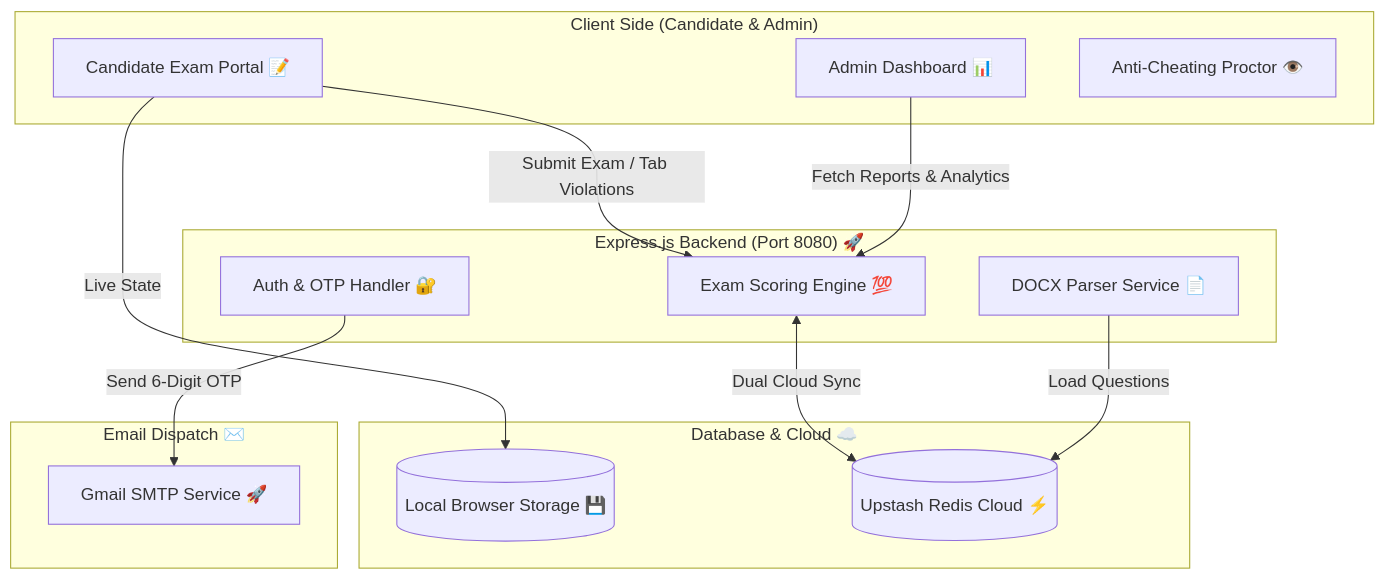
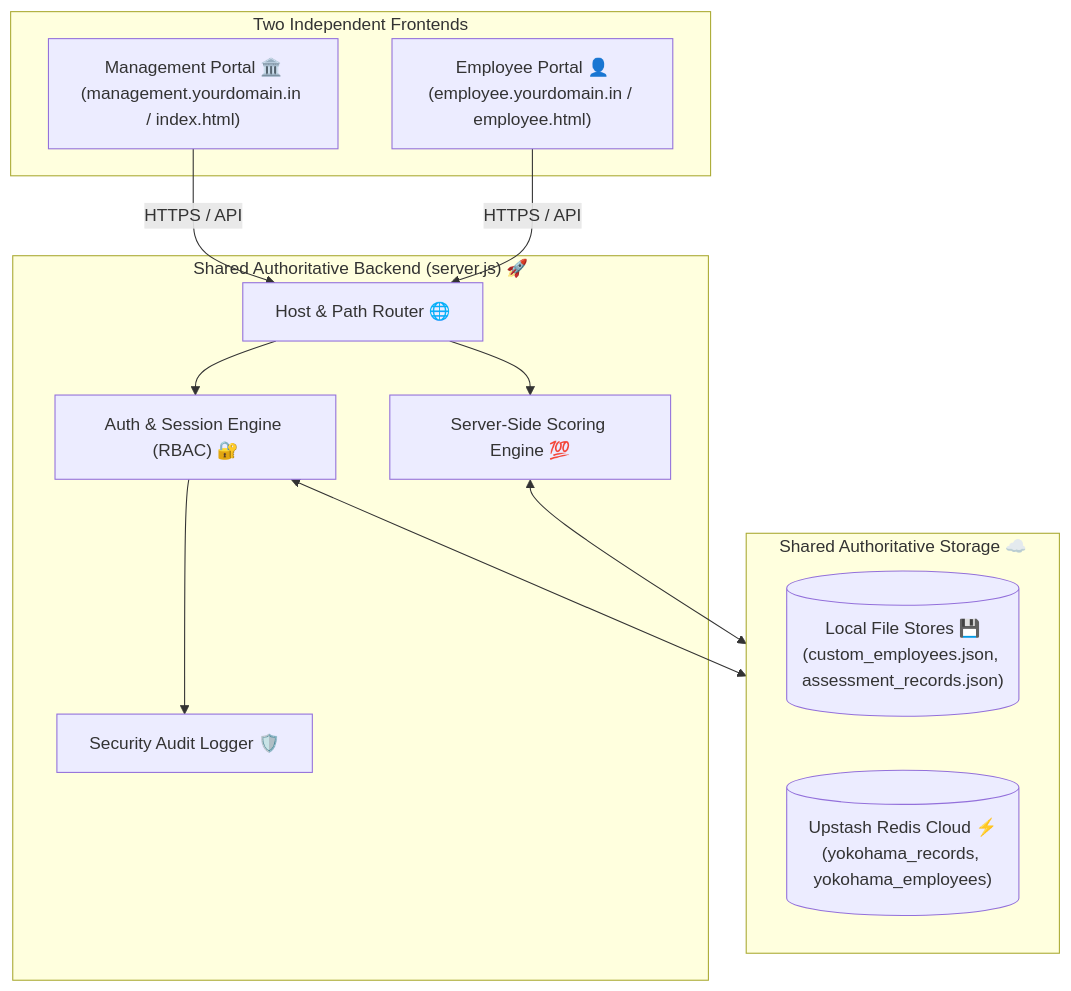
The diagram in README.md (ReubenGeoffrey/yokohama-iluo-skillrank), drawn with Mermaid before and after one commit. The commit also changed other lines of this file and 9 other files, not shown here.

Commit message:
feat: split Yokohama ILUO into connected Management and Employee portals

````diff
--- a/README.md
+++ b/README.md
@@ -73,30 +40,27 @@
 ```mermaid
 flowchart TD
-    subgraph Client ["Client Side (Candidate & Admin)"]
-        A[Candidate Exam Portal 📝]
-        B[Admin Dashboard 📊]
-        C[Anti-Cheating Proctor 👁️]
+    subgraph Frontends ["Two Independent Frontends"]
+        A["Management Portal 🏛️<br>(management.yourdomain.in / index.html)"]
+        B["Employee Portal 👤<br>(employee.yourdomain.in / employee.html)"]
     end
 
-    subgraph Server ["Express.js Backend (Port 8080) 🚀"]
-        D[Auth & OTP Handler 🔐]
-        E[Exam Scoring Engine 💯]
-        F[DOCX Parser Service 📄]
+    subgraph Server ["Shared Authoritative Backend (server.js) 🚀"]
+        C["Host & Path Router 🌐"]
+        D["Auth & Session Engine (RBAC) 🔐"]
+        E["Server-Side Scoring Engine 💯"]
+        F["Security Audit Logger 🛡️"]
     end
 
-    subgraph Storage ["Database & Cloud ☁️"]
-        G[(Local Browser Storage 💾)]
-        H[(Upstash Redis Cloud ⚡)]
+    subgraph Storage ["Shared Authoritative Storage ☁️"]
+        G[("Local File Stores 💾<br>(custom_employees.json, assessment_records.json)")]
+        H[("Upstash Redis Cloud ⚡<br>(yokohama_records, yokohama_employees)")]
     end
 
-    subgraph Email ["Email Dispatch ✉️"]
-        I[Gmail SMTP Service 🚀]
-    end
-
-    A -->|Live State| G
-    A -->|Submit Exam / Tab Violations| E
-    B -->|Fetch Reports & Analytics| E
-    E <-->|Dual Cloud Sync| H
-    D -->|Send 6-Digit OTP| I
-    F -->|Load Questions| H
+    A -->|HTTPS / API| C
+    B -->|HTTPS / API| C
+    C --> D
+    C --> E
+    D <--> Storage
+    E <--> Storage
+    D --> F
 ```
````
